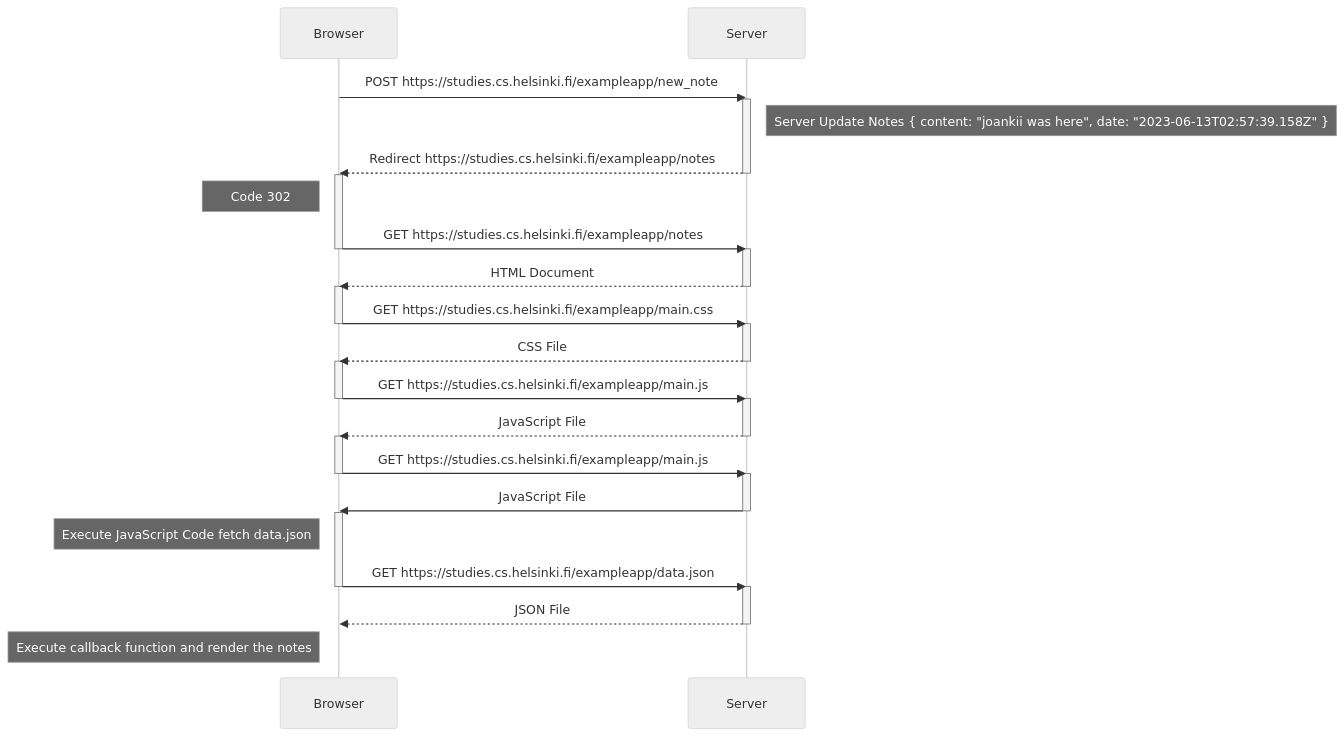
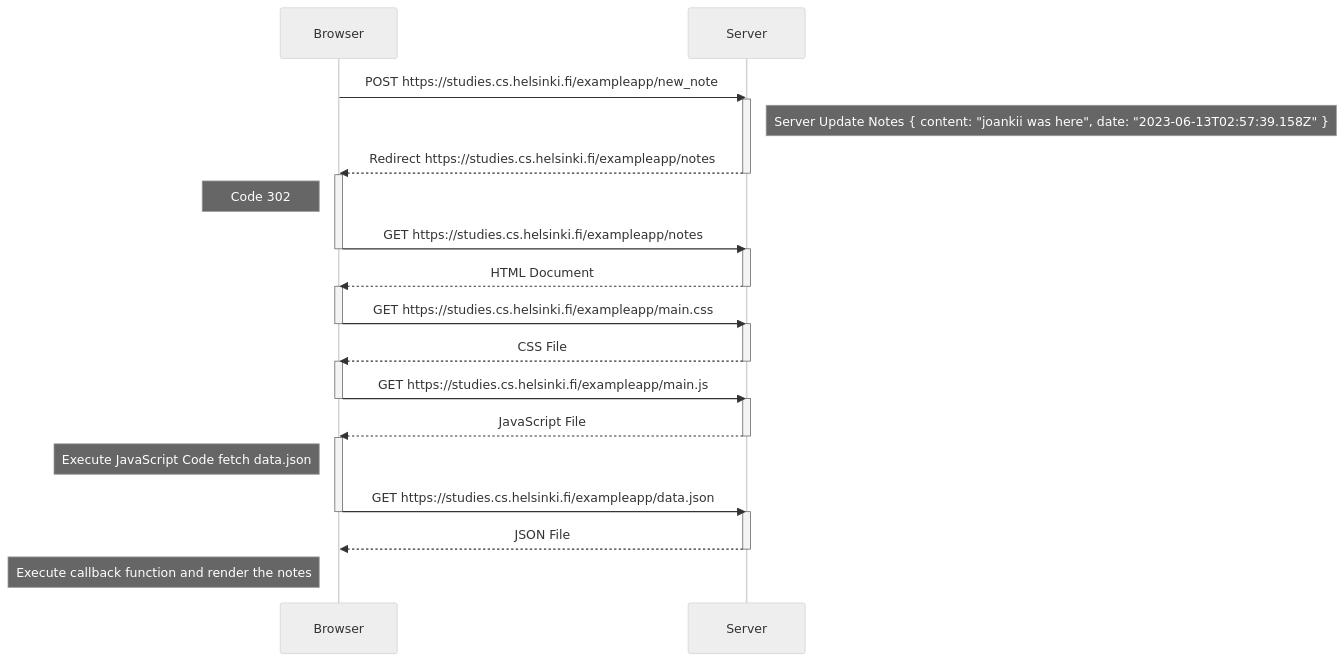
Before and after one commit to joan-kii/full-stack-open: the diagram in part0/NEW_NOTE.md, drawn with Mermaid (neutral theme).

Commit message:
new note diagram last commit

`````diff
--- a/part0/NEW_NOTE.md
+++ b/part0/NEW_NOTE.md
@@ -3,41 +3,35 @@
 ```mermaid
 sequenceDiagram
 Browser->>Server: POST https://studies.cs.helsinki.fi/exampleapp/new_note
 activate Server
 Note right of Server: Server Update Notes { content: "joankii was here", date: "2023-06-13T02:57:39.158Z" }
 Server-->>Browser: Redirect https://studies.cs.helsinki.fi/exampleapp/notes
 deactivate Server
 activate Browser
 Note left of Browser: Code 302
 Browser->>Server: GET https://studies.cs.helsinki.fi/exampleapp/notes
 deactivate Browser
 activate Server
 Server-->>Browser: HTML Document
 deactivate Server
 activate Browser
 Browser->>Server: GET https://studies.cs.helsinki.fi/exampleapp/main.css
 deactivate Browser
 activate Server
 Server-->>Browser: CSS File
 deactivate Server
 activate Browser
 Browser->>Server: GET https://studies.cs.helsinki.fi/exampleapp/main.js
 deactivate Browser
 activate Server
 Server-->>Browser: JavaScript File
 deactivate Server
 activate Browser
-Browser->>Server: GET https://studies.cs.helsinki.fi/exampleapp/main.js
-deactivate Browser
-activate Server
-Server->>Browser: JavaScript File
-deactivate Server
-activate Browser
 Note left of Browser: Execute JavaScript Code fetch data.json
 Browser->>Server: GET https://studies.cs.helsinki.fi/exampleapp/data.json
 deactivate Browser
 activate Server
 Server-->>Browser: JSON File
 deactivate Server
 Note left of Browser: Execute callback function and render the notes 
 ````
`````
